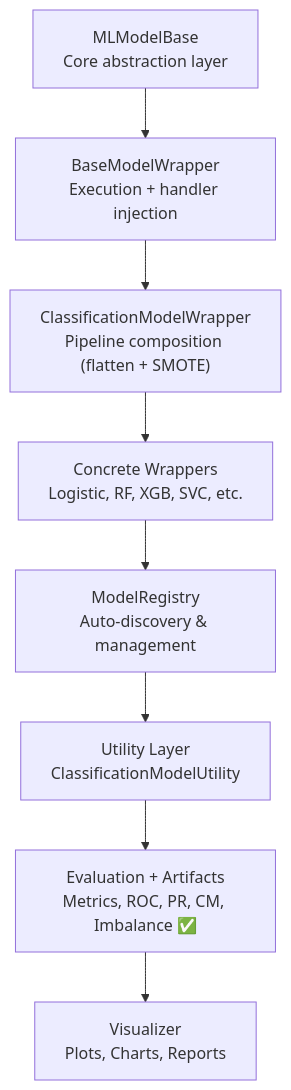
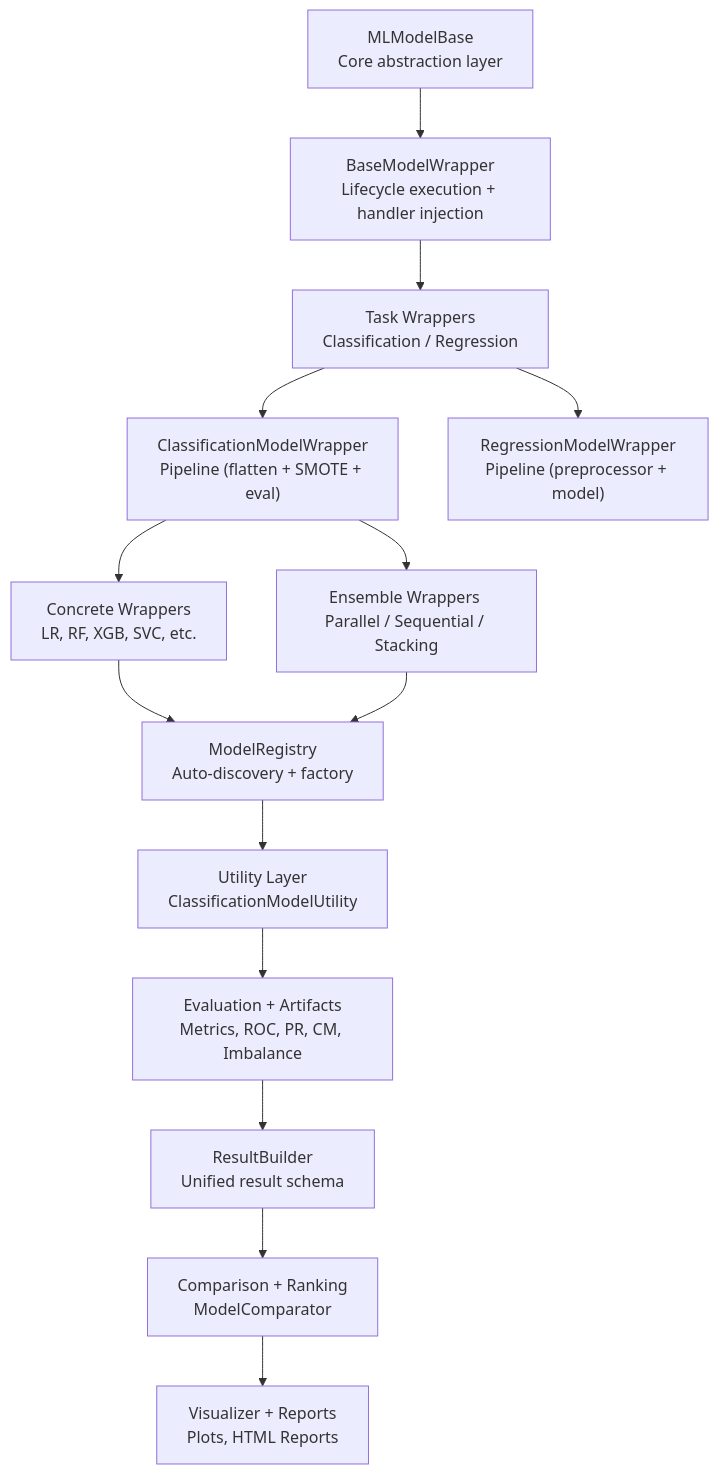
Before and after one commit to abhinavssingh/python-learnings: the first of 6 diagrams in lib/utility/machinelearning/README.md, drawn with Mermaid. The commit also changed other lines of this file and 13 other files, not shown here.

Commit message:
adding ensemble feature to machine learning utility

````diff
--- a/lib/utility/machinelearning/README.md
+++ b/lib/utility/machinelearning/README.md
@@ -24,17 +24,28 @@
 ```mermaid
 flowchart TD
 
-    A["MLModelBase<br/>Core abstraction layer"] --> B["BaseModelWrapper<br/>Execution + handler injection"]
+    A["MLModelBase<br/>Core abstraction layer"] --> B["BaseModelWrapper<br/>Lifecycle execution + handler injection"]
 
-    B --> C["ClassificationModelWrapper<br/>Pipeline composition (flatten + SMOTE)"]
+    B --> C["Task Wrappers<br/>Classification / Regression"]
 
-    C --> D["Concrete Wrappers<br/>Logistic, RF, XGB, SVC, etc."]
+    C --> C1["ClassificationModelWrapper<br/>Pipeline (flatten + SMOTE + eval)"]
+    C --> C2["RegressionModelWrapper<br/>Pipeline (preprocessor + model)"]
 
-    D --> E["ModelRegistry<br/>Auto-discovery & management"]
+    C1 --> D["Concrete Wrappers<br/>LR, RF, XGB, SVC, etc."]
 
-    E --> F["Utility Layer<br/>ClassificationModelUtility"]
+    C1 --> E["Ensemble Wrappers <br/>Parallel / Sequential / Stacking"]
 
-    F --> G["Evaluation + Artifacts<br/>Metrics, ROC, PR, CM, Imbalance ✅"]
+    D --> F["ModelRegistry<br/>Auto-discovery + factory"]
 
-    G --> H["Visualizer<br/>Plots, Charts, Reports"]
+    E --> F
+
+    F --> G["Utility Layer<br/>ClassificationModelUtility"]
+
+    G --> H["Evaluation + Artifacts<br/>Metrics, ROC, PR, CM, Imbalance"]
+
+    H --> I["ResultBuilder <br/>Unified result schema"]
+
+    I --> J["Comparison + Ranking<br/>ModelComparator"]
+
+    J --> K["Visualizer + Reports<br/>Plots, HTML Reports"]
 ```
````
